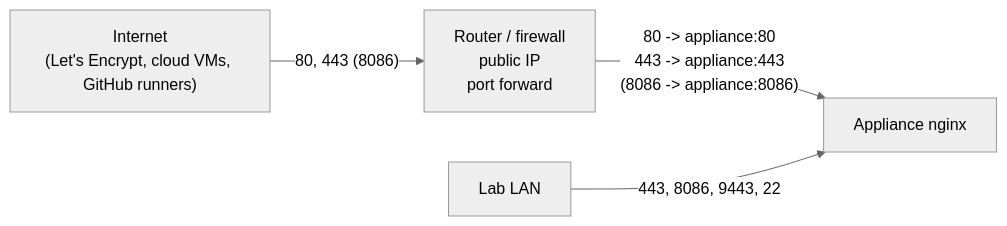
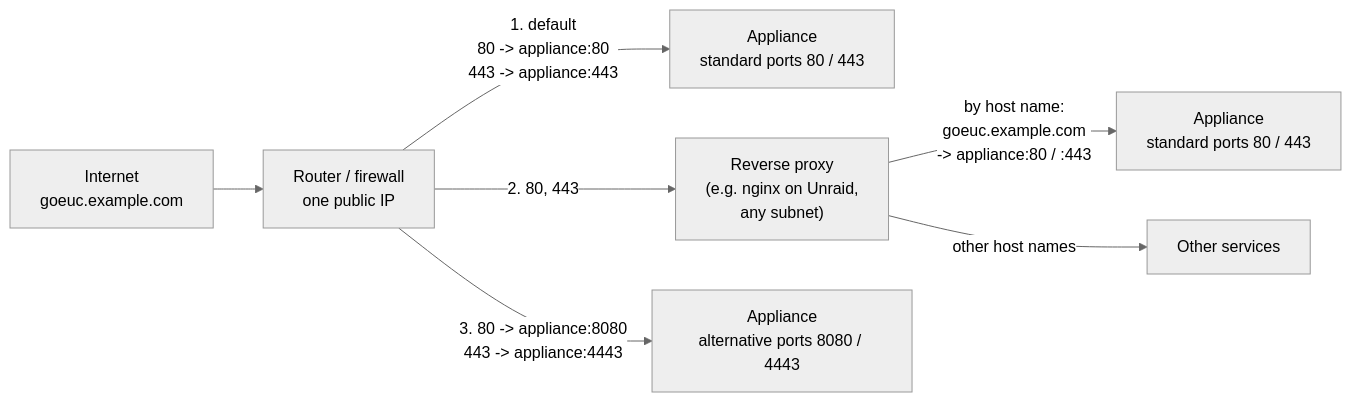
One commit to GO-EUC/Influx_grafana_deploy changed the fourth of 4 diagrams in docs/architecture.md. Above: the diagram before and after it, drawn with Mermaid (neutral theme). The commit also changed other lines of this file and 18 other files, not shown here.

````diff
--- a/docs/architecture.md
+++ b/docs/architecture.md
@@ -141,6 +142,12 @@
 ```mermaid
 flowchart LR
-    internet["Internet<br/>(Let's Encrypt, cloud VMs, GitHub runners)"] -- "80, 443 (8086)" --> router["Router / firewall<br/>public IP<br/>port forward"]
-    router -- "80 -> appliance:80<br/>443 -> appliance:443<br/>(8086 -> appliance:8086)" --> nginx["Appliance nginx"]
-    lan["Lab LAN"] -- "443, 8086, 9443, 22" --> nginx
+    internet["Internet<br/>goeuc.example.com"] --> router["Router / firewall<br/>one public IP"]
+
+    router -- "1. default<br/>80 -> appliance:80<br/>443 -> appliance:443" --> a1["Appliance<br/>standard ports 80 / 443"]
+
+    router -- "2. 80, 443" --> proxy["Reverse proxy<br/>(e.g. nginx on Unraid,<br/>any subnet)"]
+    proxy -- "by host name:<br/>goeuc.example.com<br/>-> appliance:80 / :443" --> a2["Appliance<br/>standard ports 80 / 443"]
+    proxy -- "other host names" --> other["Other services"]
+
+    router -- "3. 80 -> appliance:8080<br/>443 -> appliance:4443" --> a3["Appliance<br/>alternative ports 8080 / 4443"]
 ```
````
